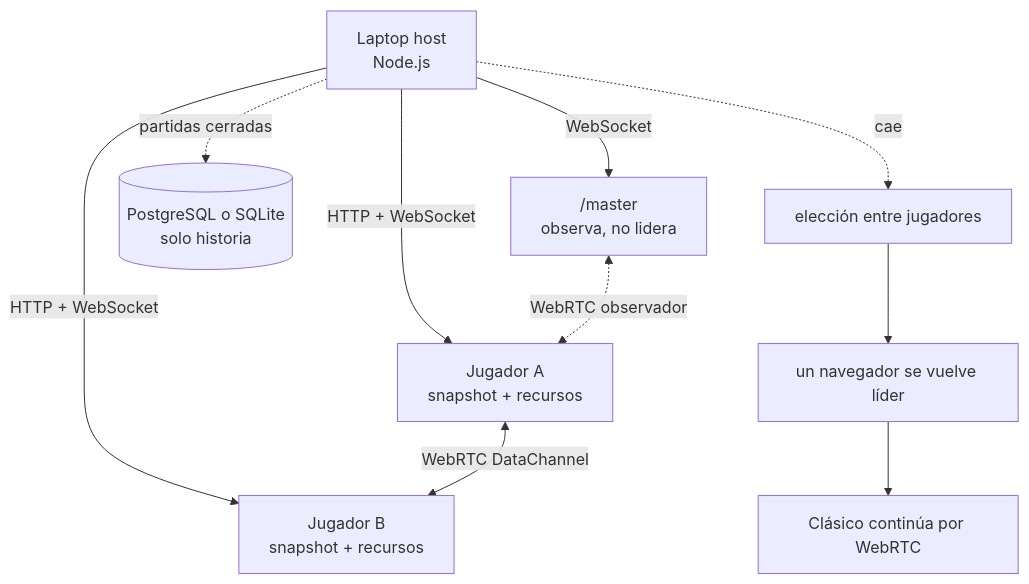
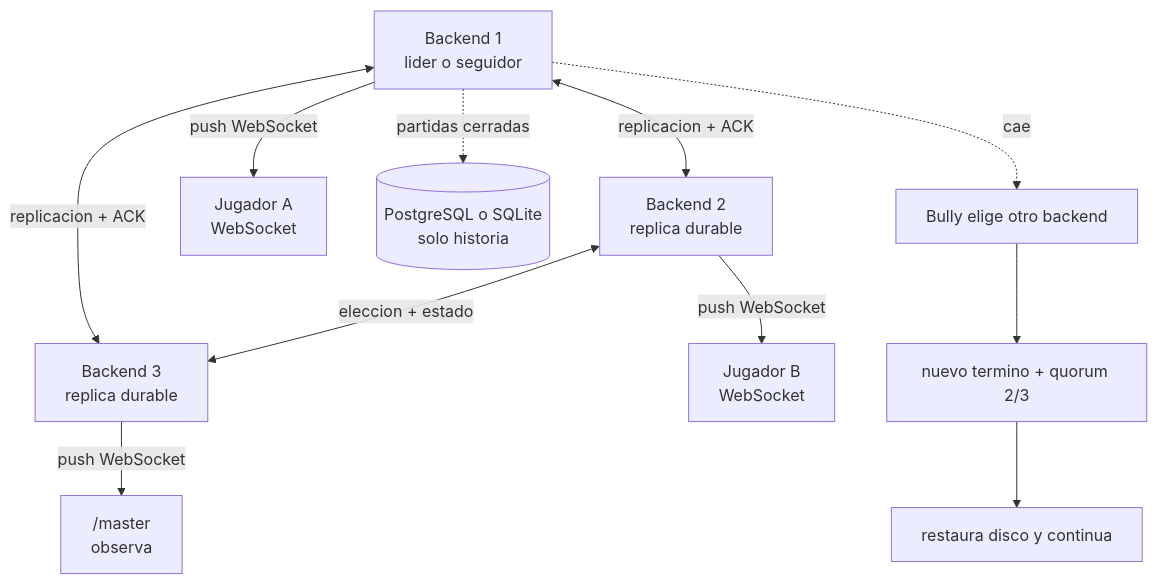
Before and after one commit to acampanaa/silunet: the diagram in docs/conceptos/README.md, drawn with Mermaid. The commit also changed other lines of this file and 24 other files, not shown here.

````diff
--- a/docs/conceptos/README.md
+++ b/docs/conceptos/README.md
@@ -34,19 +38,22 @@
 ```mermaid
 flowchart TB
-    H["Laptop host<br/>Node.js"]
-    A["Jugador A<br/>snapshot + recursos"]
-    B["Jugador B<br/>snapshot + recursos"]
-    M["/master<br/>observa, no lidera"]
+    N1["Backend 1<br/>lider o seguidor"]
+    N2["Backend 2<br/>replica durable"]
+    N3["Backend 3<br/>replica durable"]
+    A["Jugador A<br/>WebSocket"]
+    B["Jugador B<br/>WebSocket"]
+    M["/master<br/>observa"]
     DB[("PostgreSQL o SQLite<br/>solo historia")]
 
-    H -->|"HTTP + WebSocket"| A
-    H -->|"HTTP + WebSocket"| B
-    H -->|"WebSocket"| M
-    H -.->|"partidas cerradas"| DB
-    A <-->|"WebRTC DataChannel"| B
-    M <-.->|"WebRTC observador"| A
+    N1 <-->|"replicacion + ACK"| N2
+    N1 <-->|"replicacion + ACK"| N3
+    N2 <-->|"eleccion + estado"| N3
+    N1 -->|"push WebSocket"| A
+    N2 -->|"push WebSocket"| B
+    N3 -->|"push WebSocket"| M
+    N1 -.->|"partidas cerradas"| DB
 
-    H -.->|"cae"| X["elección entre jugadores"]
-    X --> L["un navegador se vuelve líder"]
-    L --> C["Clásico continúa por WebRTC"]
+    N1 -.->|"cae"| X["Bully elige otro backend"]
+    X --> L["nuevo termino + quorum 2/3"]
+    L --> C["restaura disco y continua"]
 ```
````
